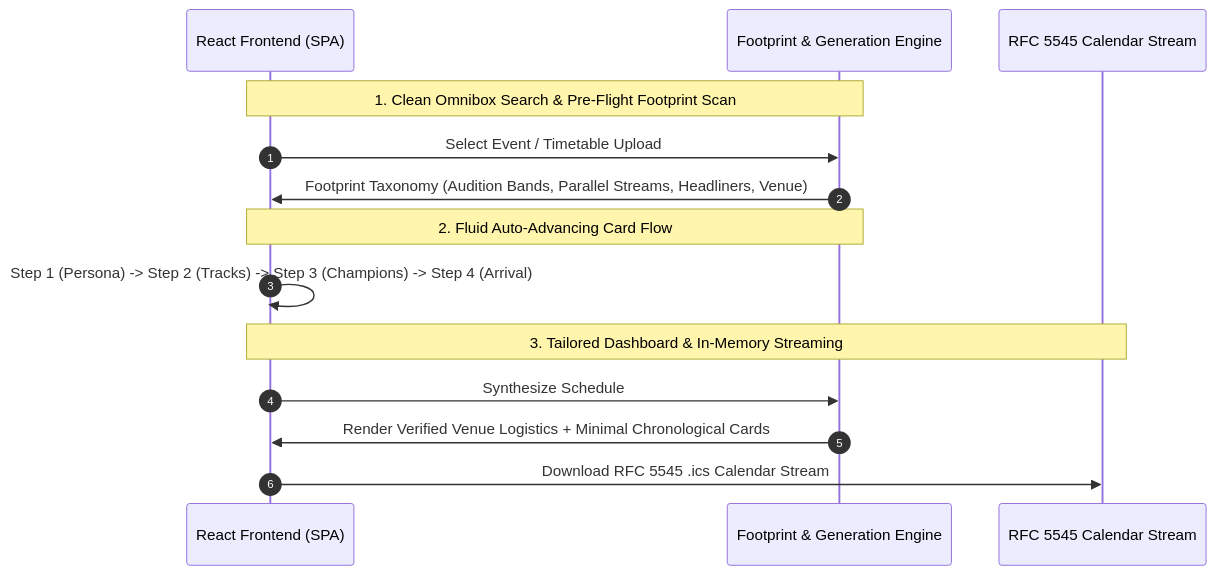
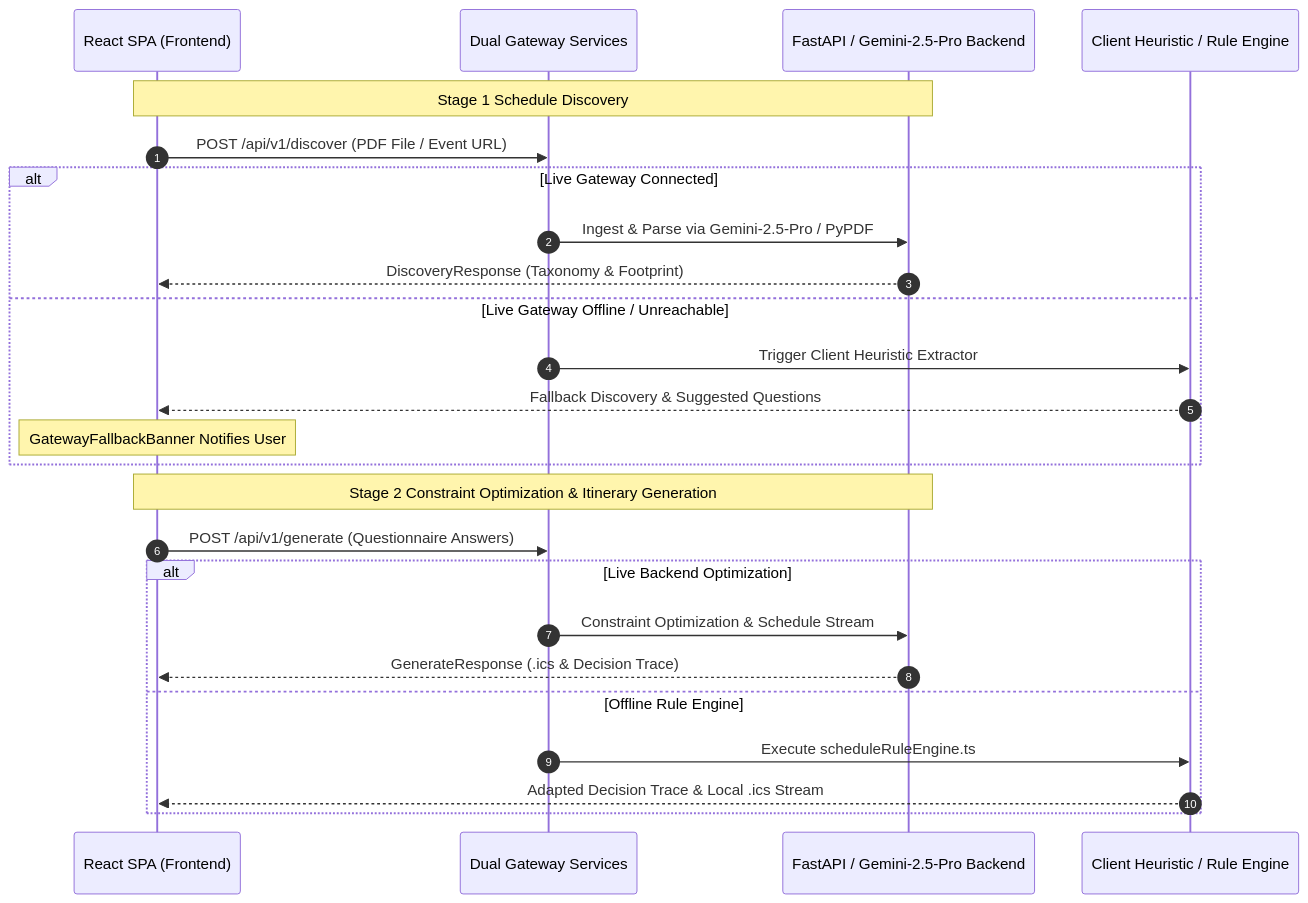
One commit to arii/tech-dancer changed the diagram in content/studies/wcs-navigator-architecture.md. Above: the diagram before and after it, drawn with Mermaid. The commit also changed other lines of this file and 4 other files, not shown here.

Commit message:
docs(wcs-navigator): update architecture deep dive with debug inspector and live screenshots

````diff
--- a/content/studies/wcs-navigator-architecture.md
+++ b/content/studies/wcs-navigator-architecture.md
@@ -86,19 +27,29 @@
 ```mermaid
 sequenceDiagram
     autonumber
-    participant UI as React Frontend (SPA)
-    participant Engine as Footprint & Generation Engine
-    participant Cal as RFC 5545 Calendar Stream
+    participant SPA as React SPA (Frontend)
+    participant GW as Dual Gateway Services
+    participant API as FastAPI / Gemini-2.5-Pro Backend
+    participant Heuristic as Client Heuristic / Rule Engine
 
-    Note over UI,Engine: 1. Clean Omnibox Search & Pre-Flight Footprint Scan
-    UI->>Engine: Select Event / Timetable Upload
-    Engine->>UI: Footprint Taxonomy (Audition Bands, Parallel Streams, Headliners, Venue)
+    Note over SPA,API: Stage 1 Schedule Discovery
+    SPA->>GW: POST /api/v1/discover (PDF File / Event URL)
+    alt Live Gateway Connected
+        GW->>API: Ingest & Parse via Gemini-2.5-Pro / PyPDF
+        API-->>SPA: DiscoveryResponse (Taxonomy & Footprint)
+    else Live Gateway Offline / Unreachable
+        GW->>Heuristic: Trigger Client Heuristic Extractor
+        Heuristic-->>SPA: Fallback Discovery & Suggested Questions
+        Note over SPA: GatewayFallbackBanner Notifies User
+    end
 
-    Note over UI,Engine: 2. Fluid Auto-Advancing Card Flow
-    UI->>UI: Step 1 (Persona) -> Step 2 (Tracks) -> Step 3 (Champions) -> Step 4 (Arrival)
-
-    Note over UI,Cal: 3. Tailored Dashboard & In-Memory Streaming
-    UI->>Engine: Synthesize Schedule
-    Engine->>UI: Render Verified Venue Logistics + Minimal Chronological Cards
-    UI->>Cal: Download RFC 5545 .ics Calendar Stream
+    Note over SPA,API: Stage 2 Constraint Optimization & Itinerary Generation
+    SPA->>GW: POST /api/v1/generate (Questionnaire Answers)
+    alt Live Backend Optimization
+        GW->>API: Constraint Optimization & Schedule Stream
+        API-->>SPA: GenerateResponse (.ics & Decision Trace)
+    else Offline Rule Engine
+        GW->>Heuristic: Execute scheduleRuleEngine.ts
+        Heuristic-->>SPA: Adapted Decision Trace & Local .ics Stream
+    end
 ```
````
